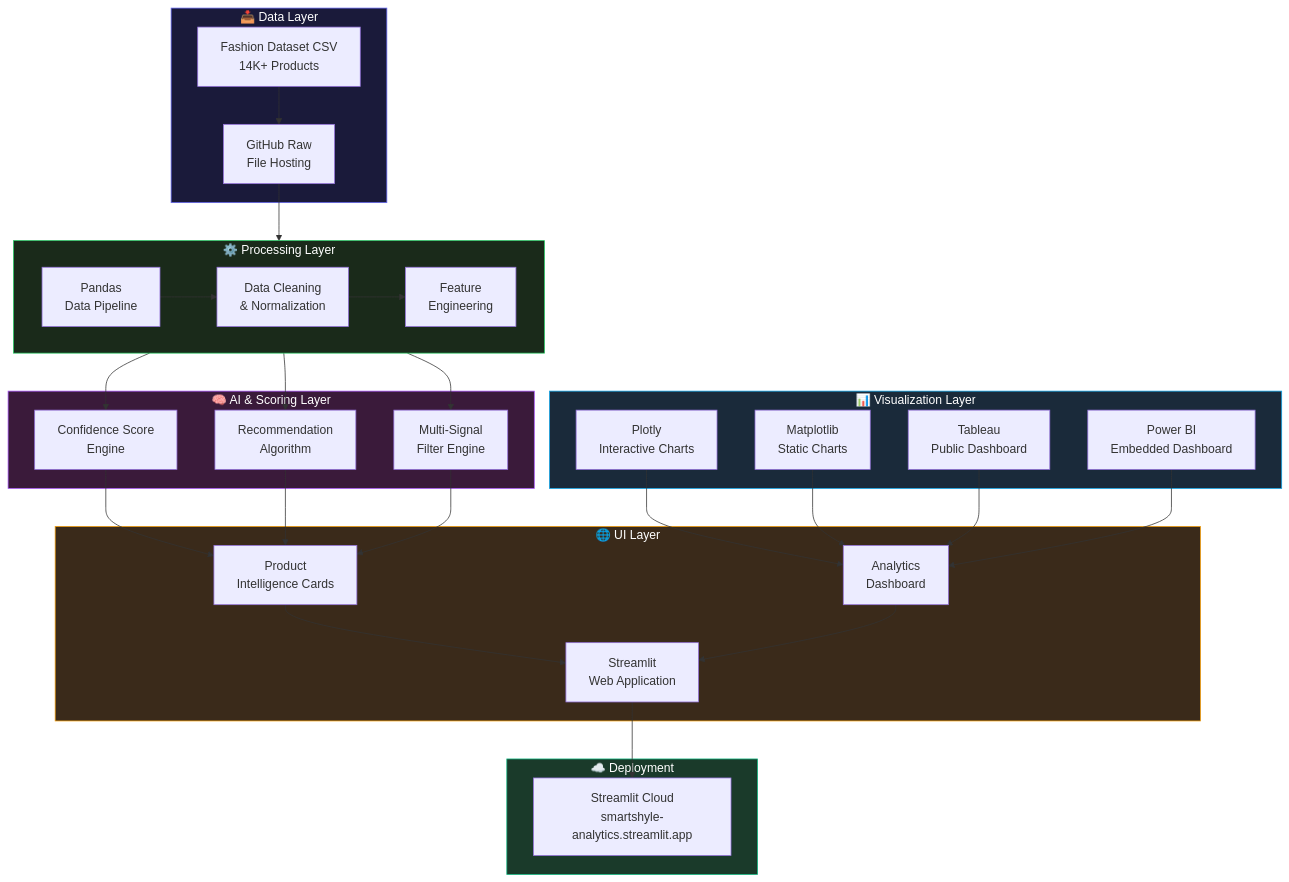
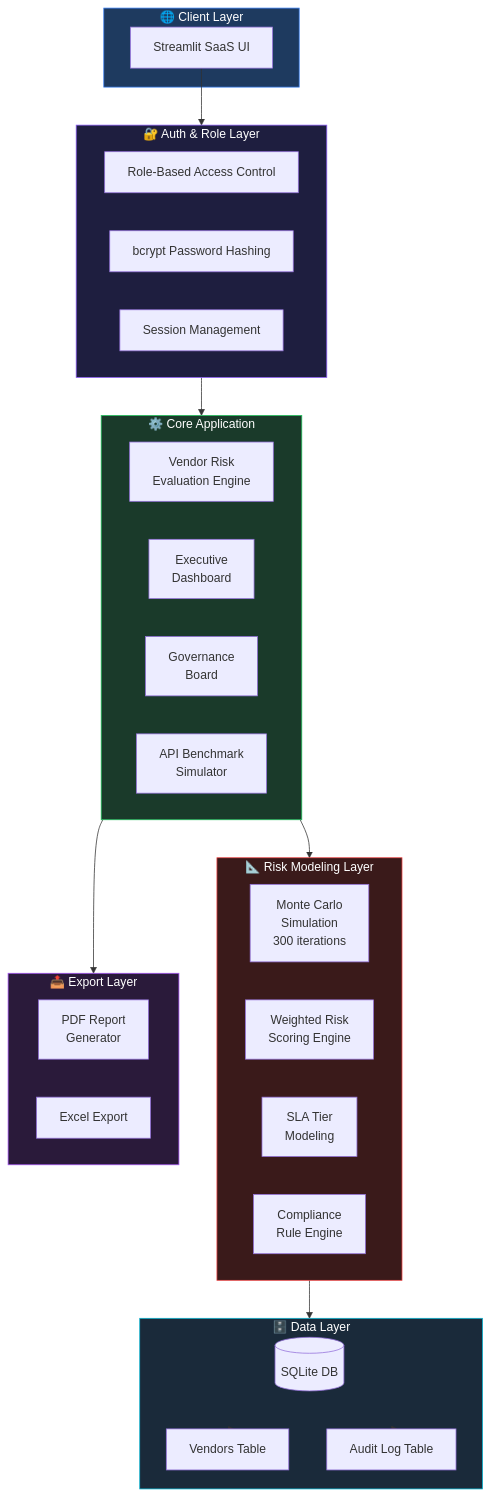
The first of 4 diagrams in README.md (debasmita30/Enterprise-AI-Governance-Risk-Intelligence-Platform), drawn with Mermaid before and after one commit. The commit also changed other lines of this file, not shown here.

````diff
--- a/README.md
+++ b/README.md
@@ -242,61 +257,53 @@
 ```mermaid
 graph TB
-    subgraph INPUT["📥 Data Layer"]
-        CSV[Fashion Dataset CSV\n14K+ Products]
-        GH[GitHub Raw\nFile Hosting]
-        CSV --> GH
+    subgraph CLIENT["🌐 Client Layer"]
+        UI[Streamlit SaaS UI]
     end
 
-    subgraph PROC["⚙️ Processing Layer"]
-        direction LR
-        PANDAS[Pandas\nData Pipeline]
-        CLEAN[Data Cleaning\n& Normalization]
-        FEAT[Feature\nEngineering]
-        PANDAS --> CLEAN --> FEAT
+    subgraph AUTH["🔐 Auth & Role Layer"]
+        RBAC[Role-Based Access Control]
+        BCRYPT[bcrypt Password Hashing]
+        SESSIONS[Session Management]
     end
 
-    subgraph AI["🧠 AI & Scoring Layer"]
-        CONF[Confidence Score\nEngine]
-        REC[Recommendation\nAlgorithm]
-        FILT[Multi-Signal\nFilter Engine]
+    subgraph CORE["⚙️ Core Application"]
+        direction LR
+        EVAL[Vendor Risk\nEvaluation Engine]
+        DASH[Executive\nDashboard]
+        GOV[Governance\nBoard]
+        BENCH[API Benchmark\nSimulator]
     end
 
-    subgraph VIZ["📊 Visualization Layer"]
-        PLOTLY[Plotly\nInteractive Charts]
-        MPLOT[Matplotlib\nStatic Charts]
-        TABLEAU[Tableau\nPublic Dashboard]
-        POWERBI[Power BI\nEmbedded Dashboard]
+    subgraph MODEL["📐 Risk Modeling Layer"]
+        MONTE[Monte Carlo\nSimulation\n300 iterations]
+        WEIGHT[Weighted Risk\nScoring Engine]
+        SLA[SLA Tier\nModeling]
+        COMP[Compliance\nRule Engine]
     end
 
-    subgraph UI["🌐 UI Layer"]
-        STREAM[Streamlit\nWeb Application]
-        CARDS[Product\nIntelligence Cards]
-        DASH[Analytics\nDashboard]
+    subgraph DATA["🗄️ Data Layer"]
+        DB[(SQLite DB)]
+        VENDORS[Vendors Table]
+        AUDIT[Audit Log Table]
     end
 
-    subgraph DEPLOY["☁️ Deployment"]
-        CLOUD[Streamlit Cloud\nsmartshyle-analytics.streamlit.app]
+    subgraph EXPORT["📤 Export Layer"]
+        PDF[PDF Report\nGenerator]
+        EXCEL[Excel Export]
     end
 
-    GH --> PANDAS
-    FEAT --> CONF
-    FEAT --> REC
-    FEAT --> FILT
-    CONF --> CARDS
-    REC --> CARDS
-    FILT --> CARDS
-    PLOTLY --> DASH
-    MPLOT --> DASH
-    TABLEAU --> DASH
-    POWERBI --> DASH
-    CARDS --> STREAM
-    DASH --> STREAM
-    STREAM --> CLOUD
+    UI --> AUTH
+    AUTH --> CORE
+    CORE --> MODEL
+    MODEL --> DATA
+    CORE --> EXPORT
+    DATA --> VENDORS
+    DATA --> AUDIT
 
-    style INPUT fill:#1a1a3a,stroke:#6366f1,color:#fff
-    style PROC fill:#1a2a1a,stroke:#22c55e,color:#fff
-    style AI fill:#3a1a3a,stroke:#a855f7,color:#fff
-    style VIZ fill:#1a2a3a,stroke:#0ea5e9,color:#fff
-    style UI fill:#3a2a1a,stroke:#f59e0b,color:#fff
-    style DEPLOY fill:#1a3a2a,stroke:#10b981,color:#fff
+    style CLIENT fill:#1e3a5f,stroke:#3b82f6,color:#fff
+    style AUTH fill:#1e1e3f,stroke:#8b5cf6,color:#fff
+    style CORE fill:#1a3a2a,stroke:#22c55e,color:#fff
+    style MODEL fill:#3a1a1a,stroke:#ef4444,color:#fff
+    style DATA fill:#1a2a3a,stroke:#06b6d4,color:#fff
+    style EXPORT fill:#2a1a3a,stroke:#a855f7,color:#fff
 ```
````
